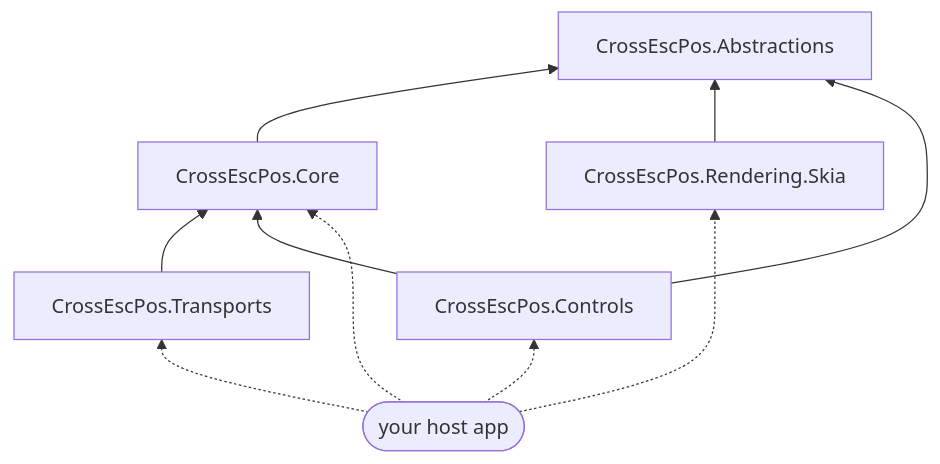
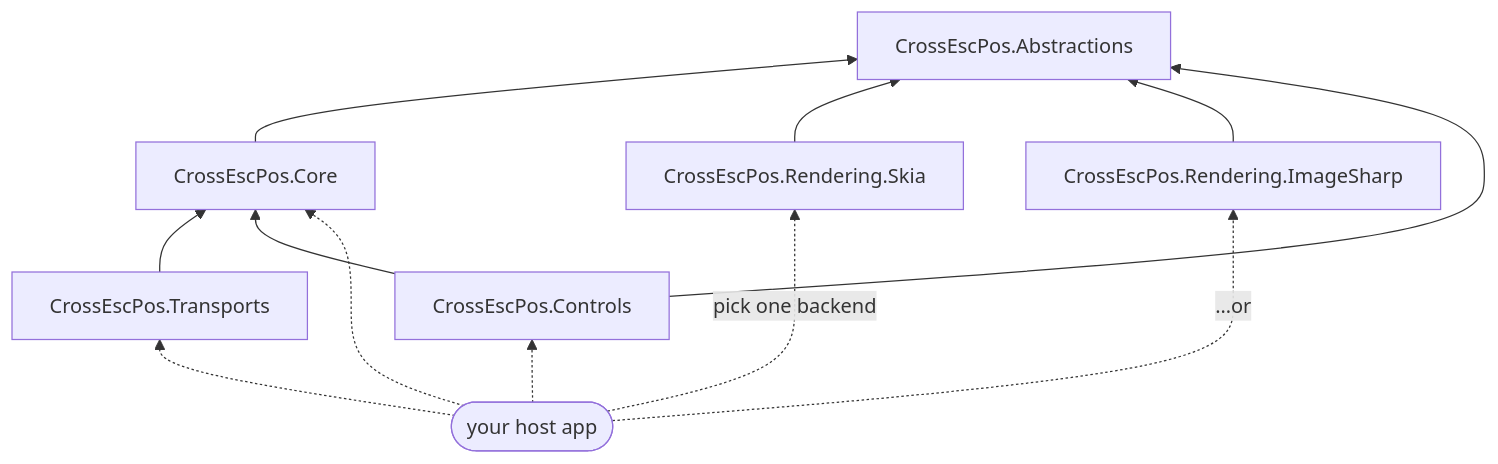
Before and after one commit to danielmeza/CrossEscPosEmulator: the first of 2 diagrams in docs/packages/README.md, drawn with Mermaid. The commit also changed other lines of this file and 5 other files, not shown here.

First line of the commit message:
Docs: add ImageSharp backend, Blazor web guide, and a render-backend guide

````diff
--- a/docs/packages/README.md
+++ b/docs/packages/README.md
@@ -20,15 +21,17 @@
 ```mermaid
 flowchart BT
     Abstractions["CrossEscPos.Abstractions"]
     Core["CrossEscPos.Core"] --> Abstractions
     Skia["CrossEscPos.Rendering.Skia"] --> Abstractions
+    ImageSharp["CrossEscPos.Rendering.ImageSharp"] --> Abstractions
     Transports["CrossEscPos.Transports"] --> Core
     Controls["CrossEscPos.Controls"] --> Core
     Controls --> Abstractions
 
     %% A host (your app) composes a backend + core + controls/transports
     Host(["your host app"]) -.-> Core
-    Host -.-> Skia
+    Host -.->|"pick one backend"| Skia
+    Host -.->|"…or"| ImageSharp
     Host -.-> Controls
     Host -.-> Transports
 ```
````
